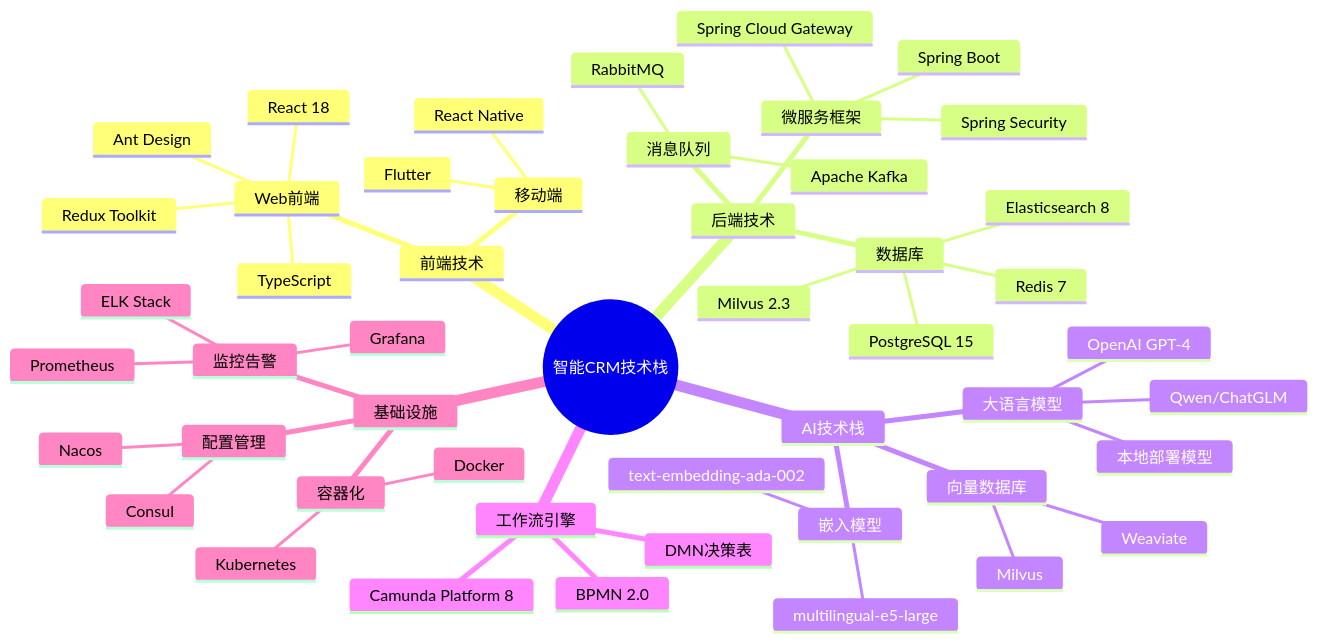
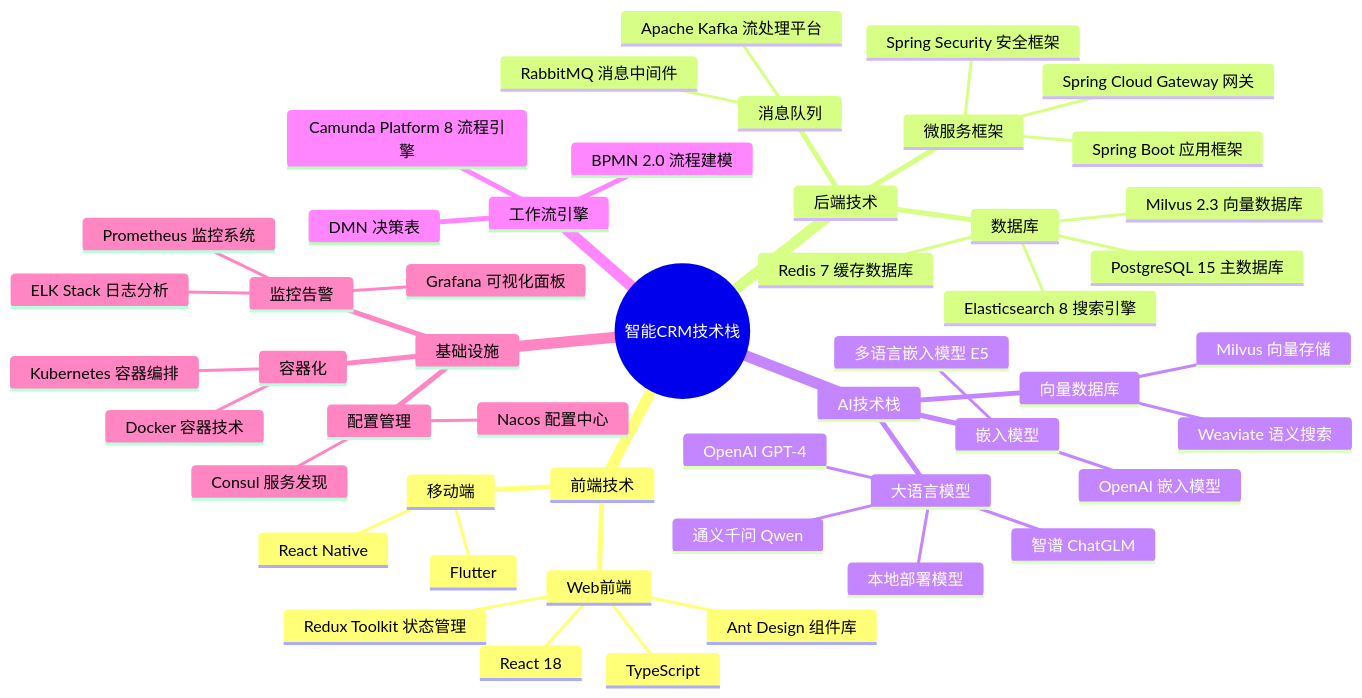
Before and after one commit to zavierd/ZHCRM: the diagram in diagrams/technology-stack.mmd, drawn with Mermaid. The commit also changed 5 other files, not shown here.

First line of the commit message:
feat: 全面中文化所有架构图表

```diff
--- a/diagrams/technology-stack.mmd
+++ b/diagrams/technology-stack.mmd
@@ -1,50 +1,51 @@
 mindmap
   root((智能CRM技术栈))
     前端技术
       Web前端
         React 18
         TypeScript
-        Ant Design
-        Redux Toolkit
+        Ant Design 组件库
+        Redux Toolkit 状态管理
       移动端
         React Native
         Flutter
     后端技术
       微服务框架
-        Spring Boot
-        Spring Cloud Gateway
-        Spring Security
+        Spring Boot 应用框架
+        Spring Cloud Gateway 网关
+        Spring Security 安全框架
       数据库
-        PostgreSQL 15
-        Redis 7
-        Milvus 2.3
-        Elasticsearch 8
+        PostgreSQL 15 主数据库
+        Redis 7 缓存数据库
+        Milvus 2.3 向量数据库
+        Elasticsearch 8 搜索引擎
       消息队列
-        RabbitMQ
-        Apache Kafka
+        RabbitMQ 消息中间件
+        Apache Kafka 流处理平台
     AI技术栈
       大语言模型
         OpenAI GPT-4
         本地部署模型
-        Qwen/ChatGLM
+        通义千问 Qwen
+        智谱 ChatGLM
       向量数据库
-        Milvus
-        Weaviate
+        Milvus 向量存储
+        Weaviate 语义搜索
       嵌入模型
-        multilingual-e5-large
-        text-embedding-ada-002
+        多语言嵌入模型 E5
+        OpenAI 嵌入模型
     工作流引擎
-      Camunda Platform 8
-      BPMN 2.0
-      DMN决策表
+      Camunda Platform 8 流程引擎
+      BPMN 2.0 流程建模
+      DMN 决策表
     基础设施
       容器化
-        Docker
-        Kubernetes
+        Docker 容器技术
+        Kubernetes 容器编排
       监控告警
-        Prometheus
-        Grafana
-        ELK Stack
+        Prometheus 监控系统
+        Grafana 可视化面板
+        ELK Stack 日志分析
       配置管理
-        Consul
-        Nacos
+        Consul 服务发现
+        Nacos 配置中心
```
